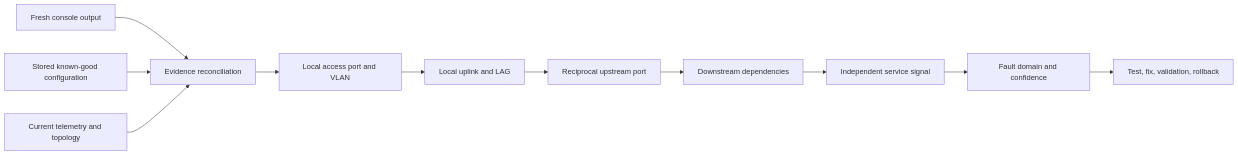
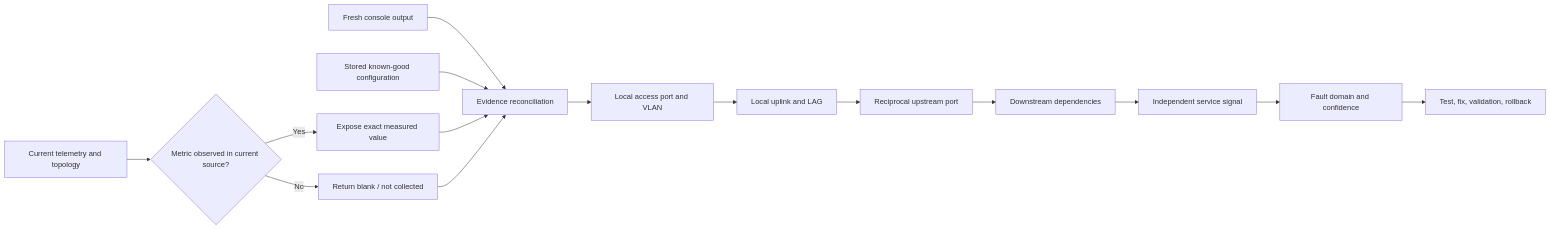
One commit to OlderschCoder/Network-Insight-Hub changed the diagram in docs/fred-network-evidence-flow.mmd. Above: the diagram before and after it, drawn with Mermaid. The commit also changed 56 other files, not shown here.

```diff
--- a/docs/fred-network-evidence-flow.mmd
+++ b/docs/fred-network-evidence-flow.mmd
@@ -1,11 +1,15 @@
 flowchart LR
   C[Fresh console output] --> X[Evidence reconciliation]
   G[Stored known-good configuration] --> X
-  T[Current telemetry and topology] --> X
+  T[Current telemetry and topology] --> M{Metric observed in current source?}
+  M -->|Yes| V[Expose exact measured value]
+  M -->|No| B[Return blank / not collected]
+  V --> X
+  B --> X
   X --> L[Local access port and VLAN]
   L --> U[Local uplink and LAG]
   U --> R[Reciprocal upstream port]
   R --> D[Downstream dependencies]
   D --> I[Independent service signal]
   I --> O[Fault domain and confidence]
   O --> A[Test, fix, validation, rollback]
```
